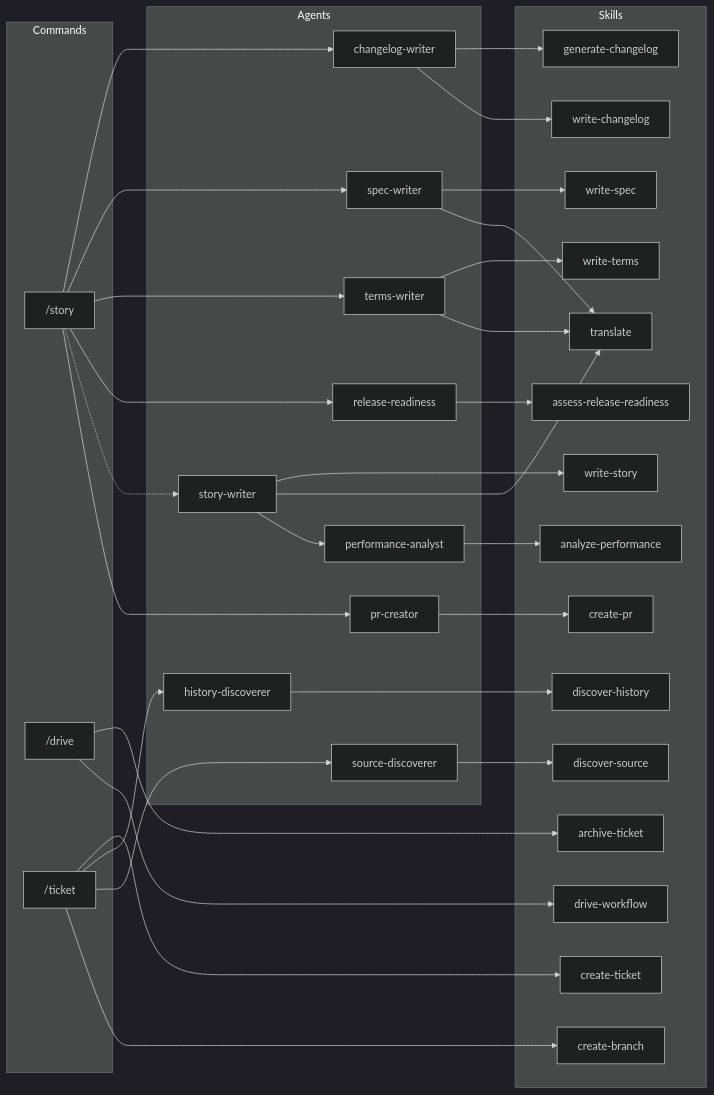
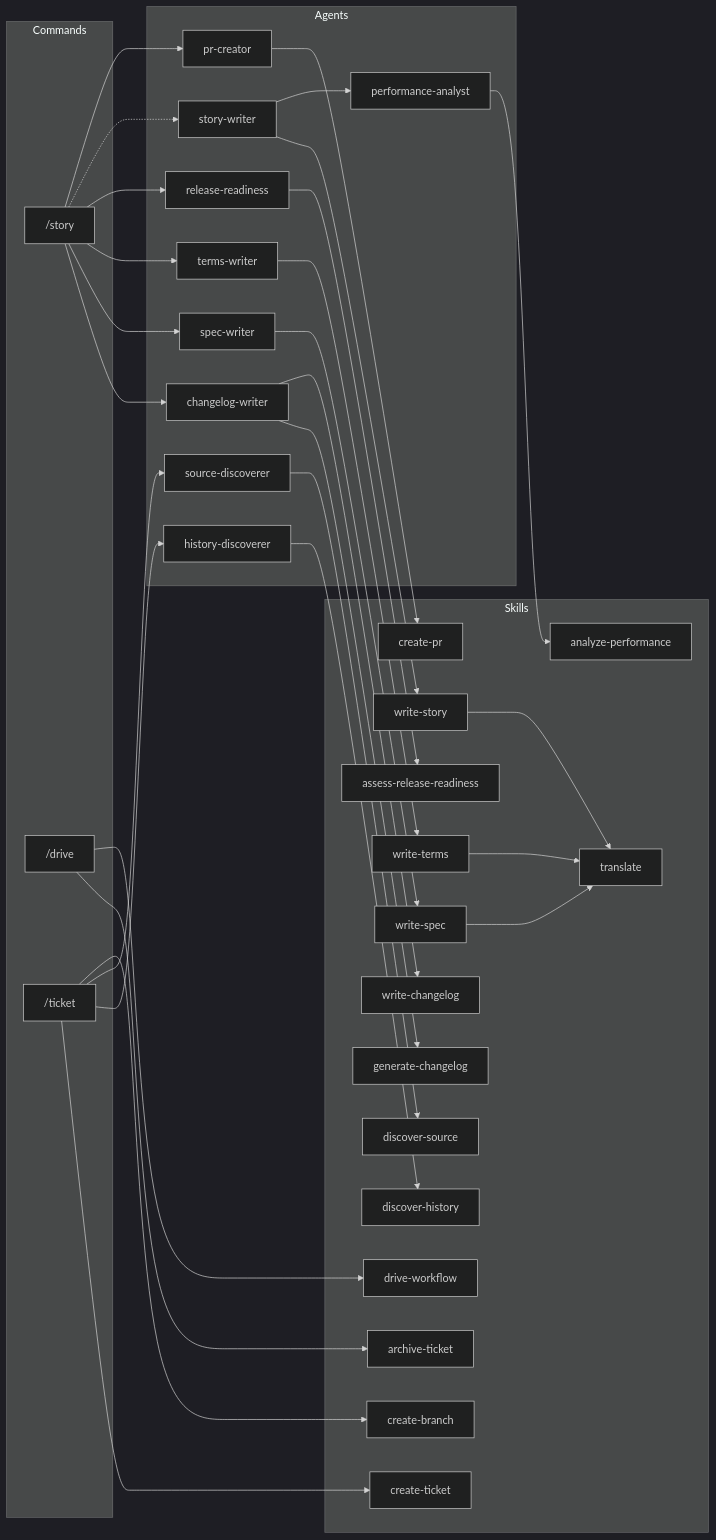
Before and after one commit to qmu/workaholic: the second of 4 diagrams in .workaholic/specs/architecture.md, drawn with Mermaid (dark theme). The commit also changed other lines of this file and 7 other files, not shown here.

````diff
--- a/.workaholic/specs/architecture.md
+++ b/.workaholic/specs/architecture.md
@@ -156,56 +156,61 @@
 ```mermaid
 flowchart LR
     subgraph Commands
         story["/story"]
         drive["/drive"]
         ticket["/ticket"]
     end
 
     subgraph Agents
         cw[changelog-writer]
         sw[story-writer]
         spw[spec-writer]
         tw[terms-writer]
         hd[history-discoverer]
         sd[source-discoverer]
         pc[pr-creator]
         pa[performance-analyst]
         rr[release-readiness]
     end
 
     subgraph Skills
         at[archive-ticket]
         gc[generate-changelog]
         cb[create-branch]
         ct[create-ticket]
         dh[discover-history]
         ds[discover-source]
         dw[drive-workflow]
         tr[translate]
         ws[write-story]
         wsp[write-spec]
         wt[write-terms]
         wc[write-changelog]
         cp[create-pr]
         ap[analyze-performance]
         arr[assess-release-readiness]
     end
 
     story --> cw & spw & tw & rr
     story -.-> sw
     story --> pc
     drive --> at & dw
     ticket --> ct & hd & sd
     ticket --> cb
 
     hd --> dh
     sd --> ds
     cw --> gc & wc
-    sw --> ws & tr
+    sw --> ws
     sw --> pa
-    spw --> wsp & tr
-    tw --> wt & tr
+    spw --> wsp
+    tw --> wt
     pc --> cp
     pa --> ap
     rr --> arr
+
+    %% Skill-to-skill dependencies
+    ws --> tr
+    wsp --> tr
+    wt --> tr
 ```
````
